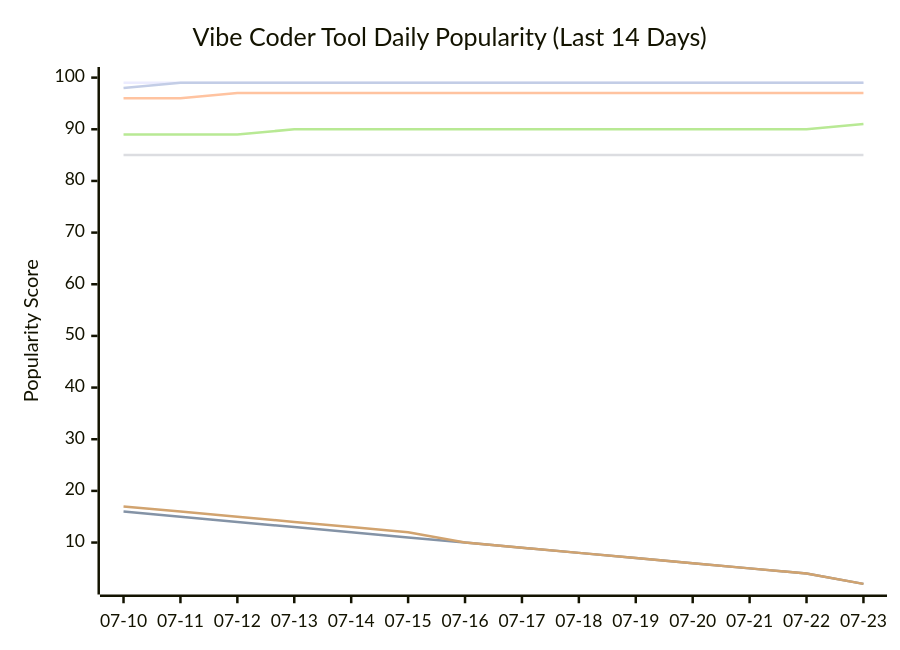
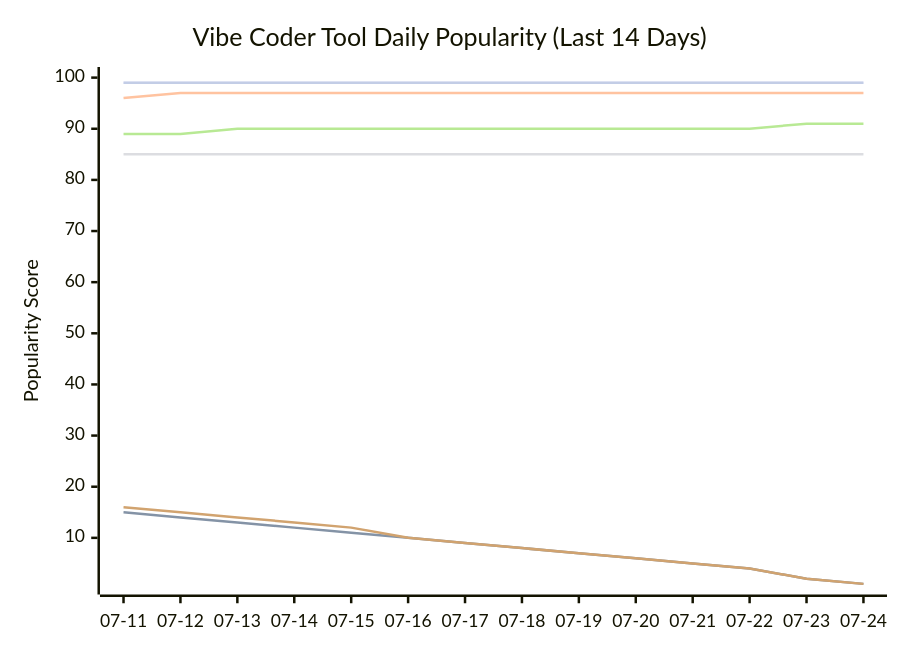
One commit to tykimos/ai-whatchelin changed the seventh of 11 diagrams in README.md. Above: the diagram before and after it, drawn with Mermaid. The commit also changed other lines of this file and 4 other files, not shown here.

````diff
--- a/README.md
+++ b/README.md
@@ -2057,13 +2068,13 @@
 ```mermaid
 xychart-beta
     title "Vibe Coder Tool Daily Popularity (Last 14 Days)"
-    x-axis ["07-10", "07-11", "07-12", "07-13", "07-14", "07-15", "07-16", "07-17", "07-18", "07-19", "07-20", "07-21", "07-22", "07-23"]
-    y-axis "Popularity Score" 2 --> 100
+    x-axis ["07-11", "07-12", "07-13", "07-14", "07-15", "07-16", "07-17", "07-18", "07-19", "07-20", "07-21", "07-22", "07-23", "07-24"]
+    y-axis "Popularity Score" 1 --> 100
     line "Claude Code" [99, 99, 99, 99, 99, 99, 99, 99, 99, 99, 99, 99, 99, 99]
-    line "GH Copilot" [16, 15, 14, 13, 12, 11, 10, 9, 8, 7, 6, 5, 4, 2]
-    line "Cursor" [96, 96, 97, 97, 97, 97, 97, 97, 97, 97, 97, 97, 97, 97]
+    line "GH Copilot" [15, 14, 13, 12, 11, 10, 9, 8, 7, 6, 5, 4, 2, 1]
+    line "Cursor" [96, 97, 97, 97, 97, 97, 97, 97, 97, 97, 97, 97, 97, 97]
     line "Windsurf" [85, 85, 85, 85, 85, 85, 85, 85, 85, 85, 85, 85, 85, 85]
-    line "Codex CLI" [89, 89, 89, 90, 90, 90, 90, 90, 90, 90, 90, 90, 90, 91]
-    line "Gemini CLI" [17, 16, 15, 14, 13, 12, 10, 9, 8, 7, 6, 5, 4, 2]
-    line "Antigravity" [98, 99, 99, 99, 99, 99, 99, 99, 99, 99, 99, 99, 99, 99]
+    line "Codex CLI" [89, 89, 90, 90, 90, 90, 90, 90, 90, 90, 90, 90, 91, 91]
+    line "Gemini CLI" [16, 15, 14, 13, 12, 10, 9, 8, 7, 6, 5, 4, 2, 1]
+    line "Antigravity" [99, 99, 99, 99, 99, 99, 99, 99, 99, 99, 99, 99, 99, 99]
 ```
````
